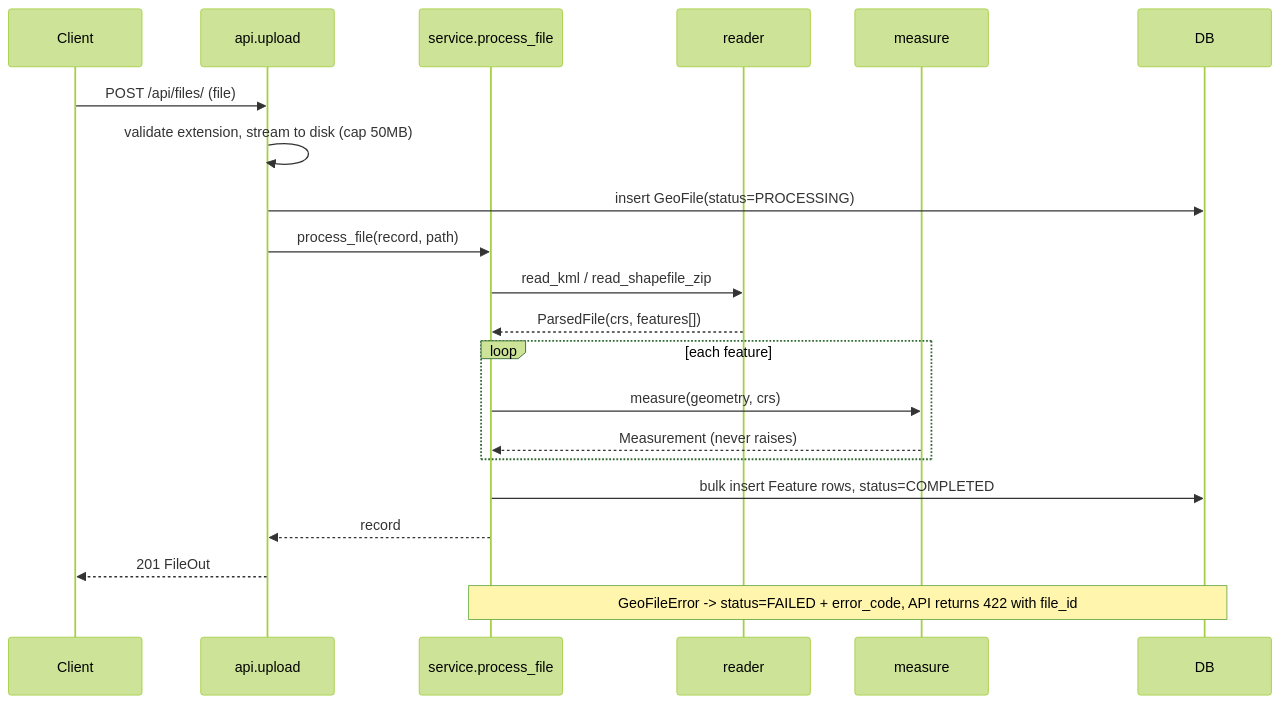
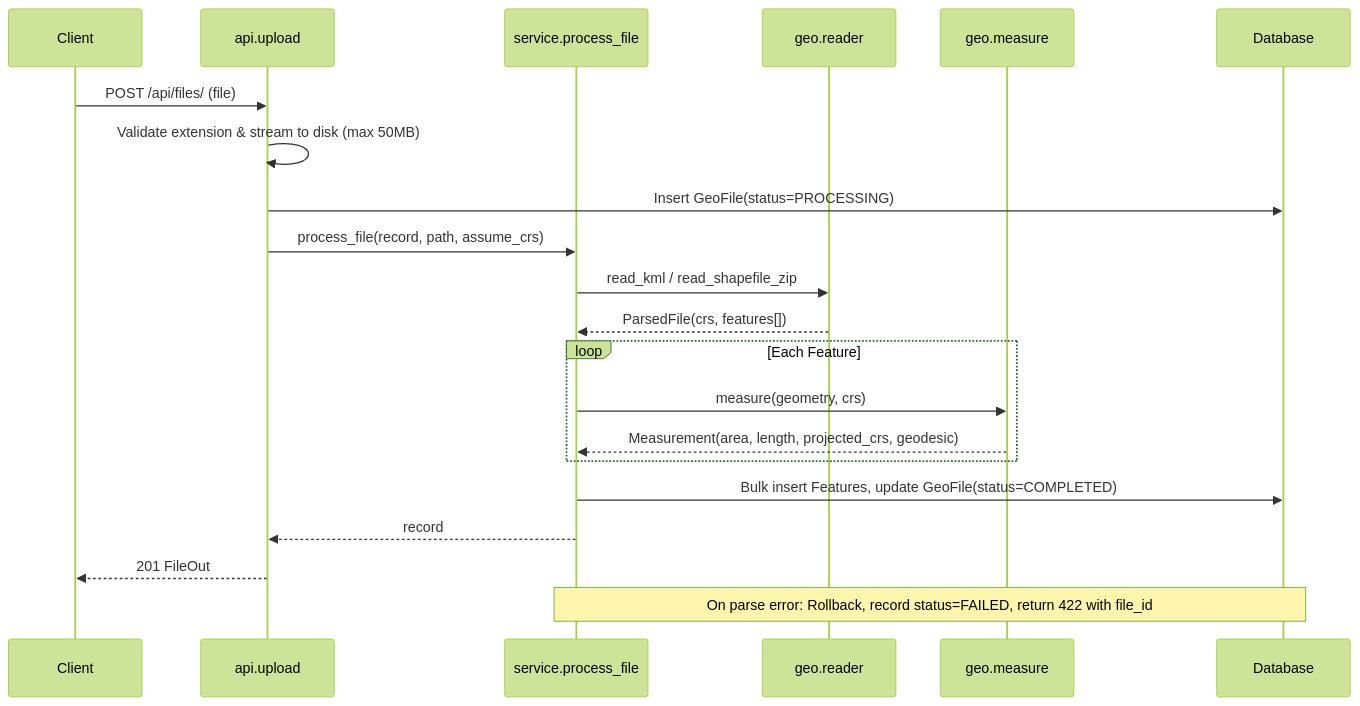
The second of 3 diagrams in README.md (Sumith2104/geo-measure-api), drawn with Mermaid (forest theme) before and after one commit. The commit also changed other lines of this file and 1 other file, not shown here.

````diff
--- a/README.md
+++ b/README.md
@@ -210,23 +279,24 @@
 ```mermaid
 sequenceDiagram
     participant C as Client
     participant A as api.upload
     participant S as service.process_file
-    participant R as reader
-    participant M as measure
-    participant D as DB
+    participant R as geo.reader
+    participant M as geo.measure
+    participant D as Database
+
     C->>A: POST /api/files/ (file)
-    A->>A: validate extension, stream to disk (cap 50MB)
-    A->>D: insert GeoFile(status=PROCESSING)
-    A->>S: process_file(record, path)
+    A->>A: Validate extension & stream to disk (max 50MB)
+    A->>D: Insert GeoFile(status=PROCESSING)
+    A->>S: process_file(record, path, assume_crs)
     S->>R: read_kml / read_shapefile_zip
     R-->>S: ParsedFile(crs, features[])
-    loop each feature
+    loop Each Feature
         S->>M: measure(geometry, crs)
-        M-->>S: Measurement (never raises)
+        M-->>S: Measurement(area, length, projected_crs, geodesic)
     end
-    S->>D: bulk insert Feature rows, status=COMPLETED
+    S->>D: Bulk insert Features, update GeoFile(status=COMPLETED)
     S-->>A: record
     A-->>C: 201 FileOut
-    Note over S,D: GeoFileError -> status=FAILED + error_code, API returns 422 with file_id
+    Note over S,D: On parse error: Rollback, record status=FAILED, return 422 with file_id
 ```
````
